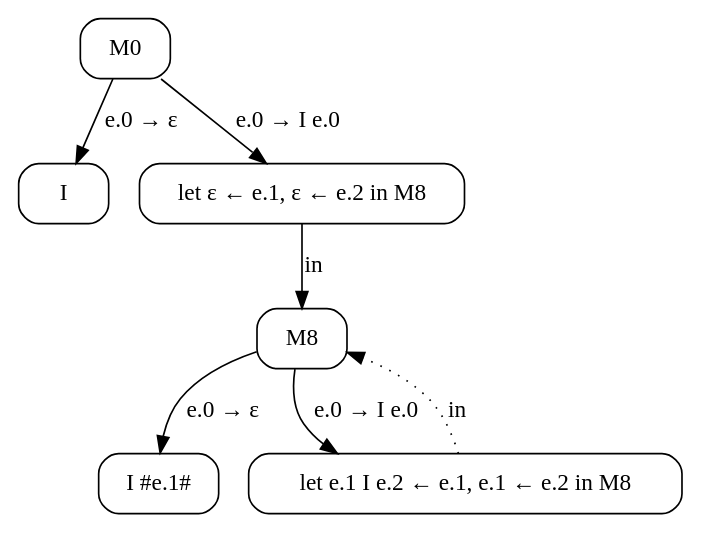
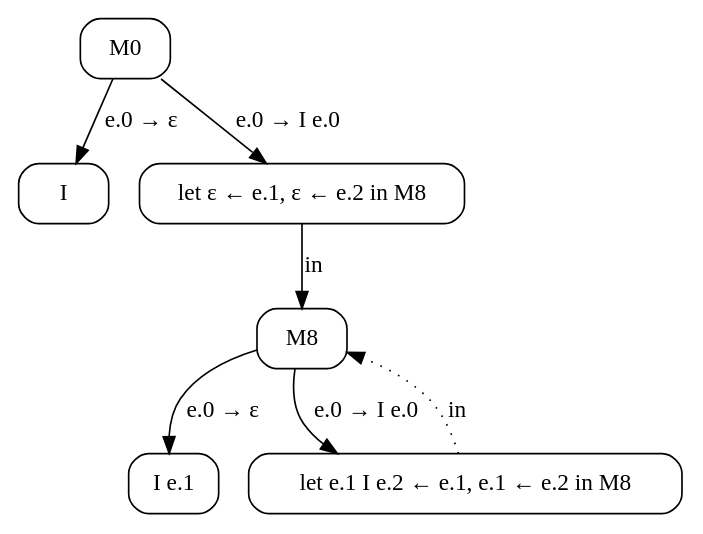
Before and after one commit to Mazdaywik/mazdaywik.github.io: the diagram in pics/6150-fib2.dot, drawn with Graphviz. The commit also changed 5 other files, not shown here.

```diff
--- a/pics/6150-fib2.dot
+++ b/pics/6150-fib2.dot
@@ -1,15 +1,15 @@
 digraph {
   node [shape=box, style=rounded];
 
   M0;
   M1 [label="I"];
   M0 -> M1 [label="e.0 → ε"];
   M3 [label="let ε ← e.1, ε ← e.2 in M8"];
   M0 -> M3 [label="e.0 → I e.0"];
   M3 -> M8 [label="in"];
-  M9 [label="I #e.1#"]
+  M9 [label="I e.1"]
   M8 -> M9 [label="e.0 → ε"];
   M11 [label="let e.1 I e.2 ← e.1, e.1 ← e.2 in M8"];
   M8 -> M11 [label="e.0 → I e.0"];
   M11 -> M8 [label="in", style=dotted];
 }
```
